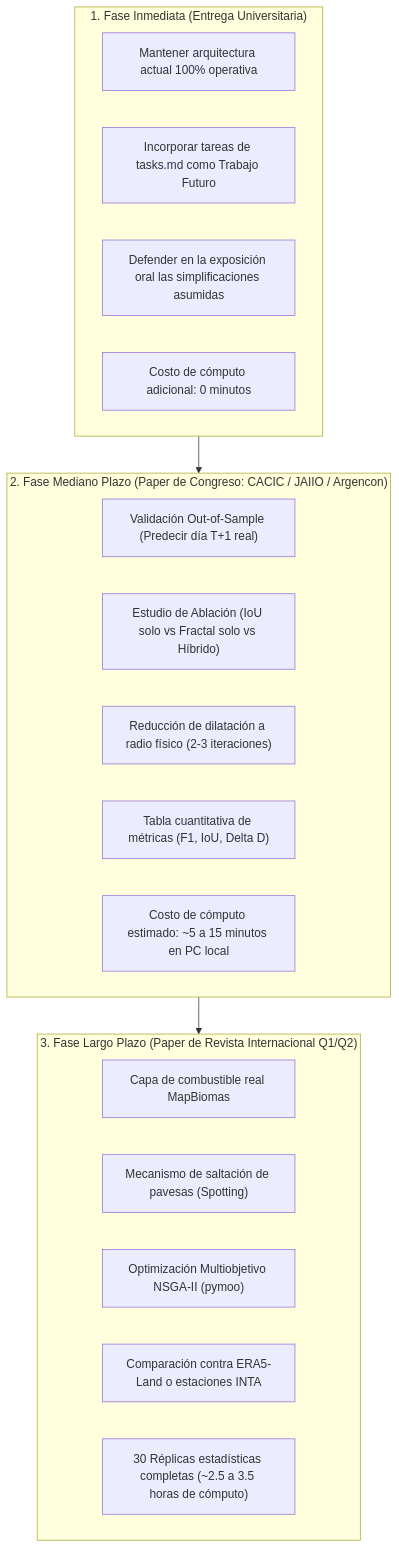
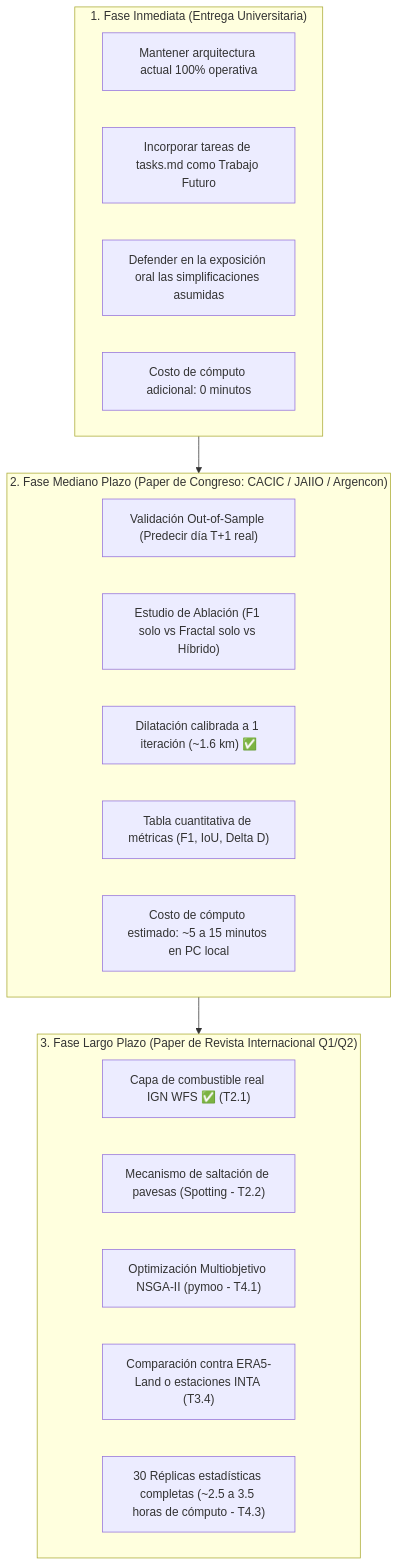
The diagram in docs/tasks.md (ConstanFinelli/Incendios-Fractales), drawn with Mermaid before and after one commit. The commit also changed other lines of this file and 5 other files, not shown here.

````diff
--- a/docs/tasks.md
+++ b/docs/tasks.md
@@ -229,27 +229,27 @@
 ```mermaid
 flowchart TD
     subgraph Fase_Inmediata ["1. Fase Inmediata (Entrega Universitaria)"]
         F1_1["Mantener arquitectura actual 100% operativa"]
         F1_2["Incorporar tareas de tasks.md como Trabajo Futuro"]
         F1_3["Defender en la exposición oral las simplificaciones asumidas"]
         F1_4["Costo de cómputo adicional: 0 minutos"]
     end
 
     subgraph Fase_Congreso ["2. Fase Mediano Plazo (Paper de Congreso: CACIC / JAIIO / Argencon)"]
         F2_1["Validación Out-of-Sample (Predecir día T+1 real)"]
-        F2_2["Estudio de Ablación (IoU solo vs Fractal solo vs Híbrido)"]
-        F2_3["Reducción de dilatación a radio físico (2-3 iteraciones)"]
+        F2_2["Estudio de Ablación (F1 solo vs Fractal solo vs Híbrido)"]
+        F2_3["Dilatación calibrada a 1 iteración (~1.6 km) ✅"]
         F2_4["Tabla cuantitativa de métricas (F1, IoU, Delta D)"]
         F2_5["Costo de cómputo estimado: ~5 a 15 minutos en PC local"]
     end
 
     subgraph Fase_Revista ["3. Fase Largo Plazo (Paper de Revista Internacional Q1/Q2)"]
-        F3_1["Capa de combustible real MapBiomas"]
-        F3_2["Mecanismo de saltación de pavesas (Spotting)"]
-        F3_3["Optimización Multiobjetivo NSGA-II (pymoo)"]
-        F3_4["Comparación contra ERA5-Land o estaciones INTA"]
-        F3_5["30 Réplicas estadísticas completas (~2.5 a 3.5 horas de cómputo)"]
+        F3_1["Capa de combustible real IGN WFS ✅ (T2.1)"]
+        F3_2["Mecanismo de saltación de pavesas (Spotting - T2.2)"]
+        F3_3["Optimización Multiobjetivo NSGA-II (pymoo - T4.1)"]
+        F3_4["Comparación contra ERA5-Land o estaciones INTA (T3.4)"]
+        F3_5["30 Réplicas estadísticas completas (~2.5 a 3.5 horas de cómputo - T4.3)"]
     end
 
     Fase_Inmediata --> Fase_Congreso --> Fase_Revista
 ```
````
